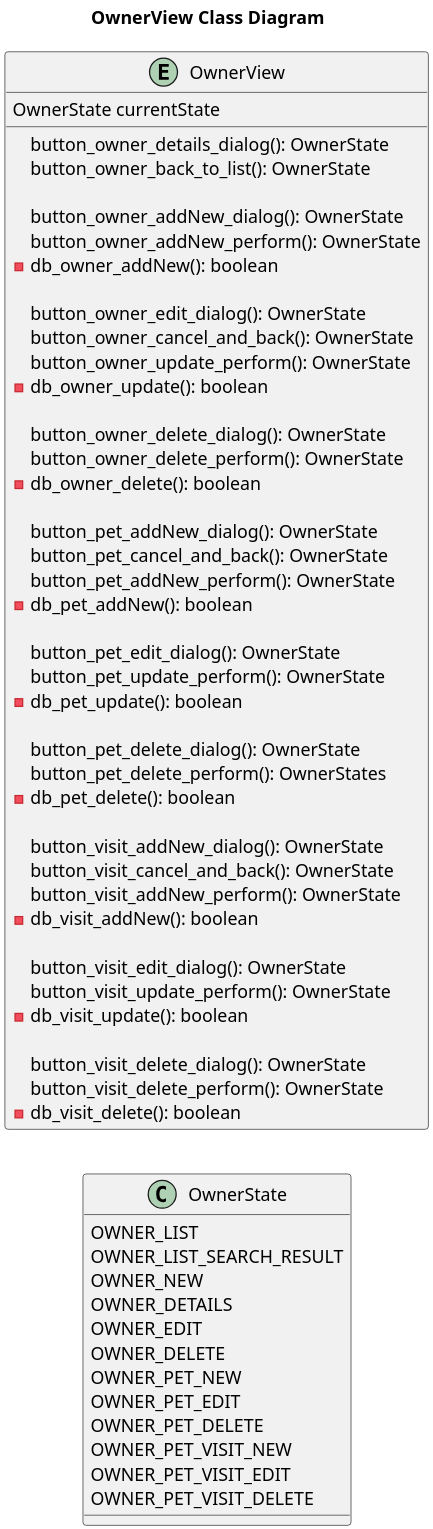
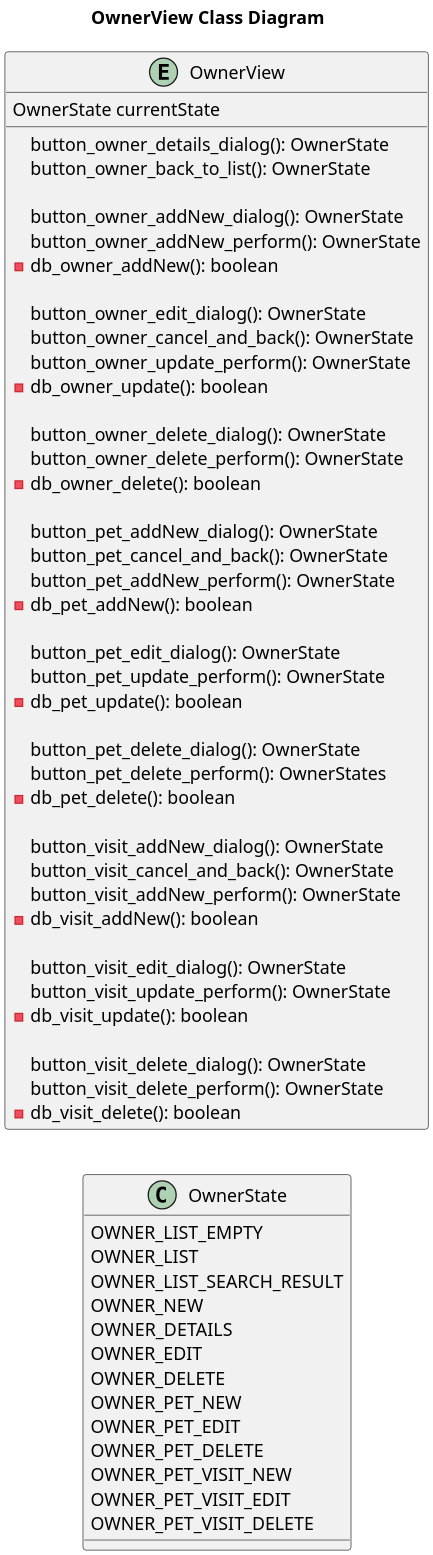
The diagram in puml/owner/OwnerView__Class.puml (Jakarta-EE-Petclinic/petclinic-uml), drawn with PlantUML before and after one commit. The commit also changed 3 other files, not shown here.

```diff
--- a/puml/owner/OwnerView__Class.puml
+++ b/puml/owner/OwnerView__Class.puml
@@ -1,77 +1,78 @@
 @startuml
 
 
 title OwnerView Class Diagram
 'https://plantuml.com/class-diagram
 
 left to right direction
 'top to bottom direction
 
 scale 1000 width
 
 
 class OwnerState {
+    OWNER_LIST_EMPTY
     OWNER_LIST
     OWNER_LIST_SEARCH_RESULT
     OWNER_NEW
     OWNER_DETAILS
     OWNER_EDIT
     OWNER_DELETE
     OWNER_PET_NEW
     OWNER_PET_EDIT
     OWNER_PET_DELETE
     OWNER_PET_VISIT_NEW
     OWNER_PET_VISIT_EDIT
     OWNER_PET_VISIT_DELETE
 }
 
 entity OwnerView {
 
     OwnerState currentState
 
     button_owner_details_dialog(): OwnerState
     button_owner_back_to_list(): OwnerState
 
     button_owner_addNew_dialog(): OwnerState
     button_owner_addNew_perform(): OwnerState
     -db_owner_addNew(): boolean
 
     button_owner_edit_dialog(): OwnerState
     button_owner_cancel_and_back(): OwnerState
     button_owner_update_perform(): OwnerState
     - db_owner_update(): boolean
 
     button_owner_delete_dialog(): OwnerState
     button_owner_delete_perform(): OwnerState
     - db_owner_delete(): boolean
 
     button_pet_addNew_dialog(): OwnerState
     button_pet_cancel_and_back(): OwnerState
     button_pet_addNew_perform(): OwnerState
     - db_pet_addNew(): boolean
 
     button_pet_edit_dialog(): OwnerState
     button_pet_update_perform(): OwnerState
     - db_pet_update(): boolean
 
     button_pet_delete_dialog(): OwnerState
     button_pet_delete_perform(): OwnerStates
     - db_pet_delete(): boolean
 
     button_visit_addNew_dialog(): OwnerState
     button_visit_cancel_and_back(): OwnerState
     button_visit_addNew_perform(): OwnerState
     - db_visit_addNew(): boolean
 
     button_visit_edit_dialog(): OwnerState
     button_visit_update_perform(): OwnerState
    - db_visit_update(): boolean
 
     button_visit_delete_dialog(): OwnerState
     button_visit_delete_perform(): OwnerState
     - db_visit_delete(): boolean
 }
 
 
 
 @enduml
```
